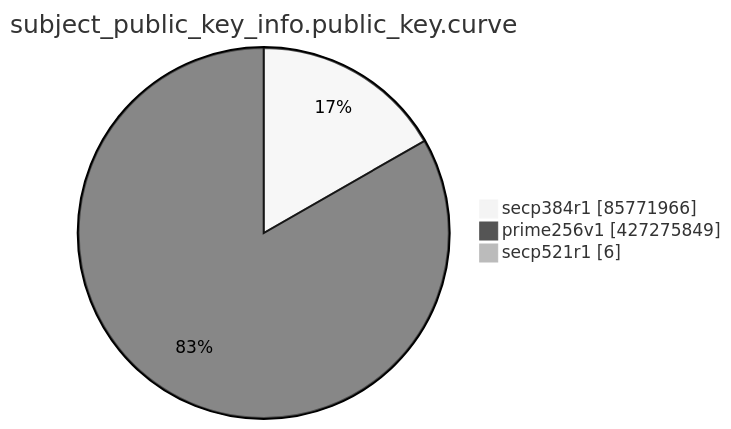
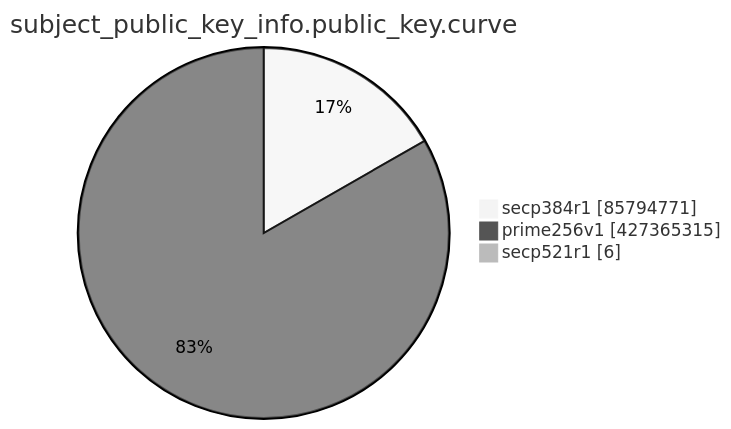
Before and after one commit to christiankrug/ctmonitor_visualization: the eighth of 15 diagrams in TOTAL/README.md, drawn with Mermaid (neutral theme). The commit also changed other lines of this file, not shown here.

````diff
--- a/TOTAL/README.md
+++ b/TOTAL/README.md
@@ -3100,7 +3100,7 @@
 ```mermaid
 pie showData
 title subject_public_key_info.public_key.curve
-"secp384r1" :85771966
-"prime256v1" :427275849
+"secp384r1" :85794771
+"prime256v1" :427365315
 "secp521r1" :6
 ```
````
